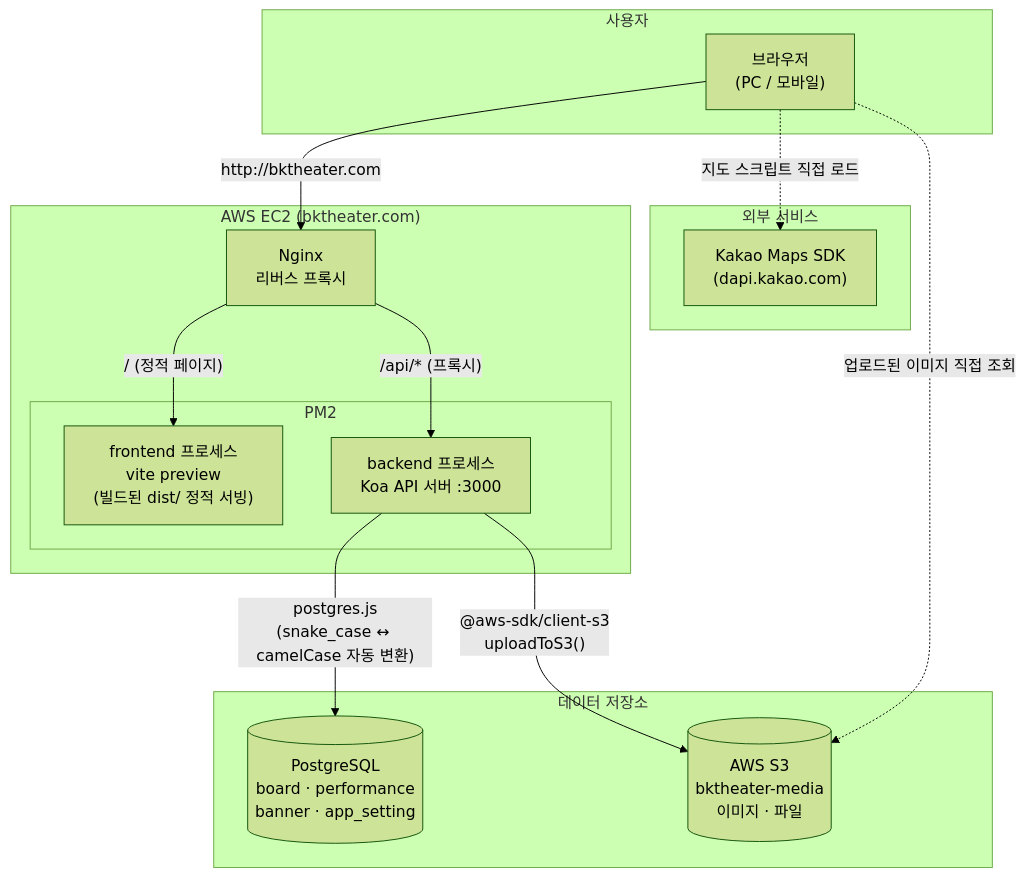
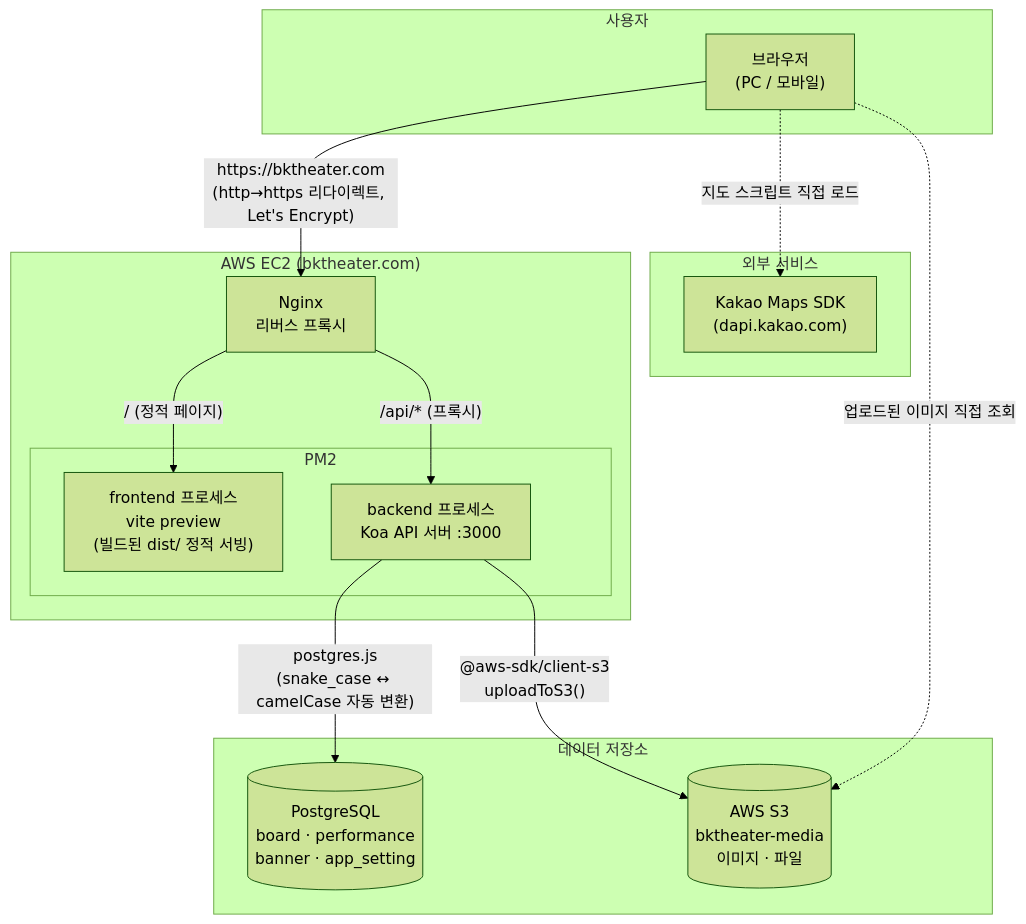
The first of 8 diagrams in community/docs/ARCHITECTURE.md (mmyonaa/outsourcing), drawn with Mermaid (forest theme) before and after one commit. The commit also changed 7 other files, not shown here.

First line of the commit message:
feat: HTTPS 전환에 따른 도메인 http→https 일괄 수정

````diff
--- a/community/docs/ARCHITECTURE.md
+++ b/community/docs/ARCHITECTURE.md
@@ -13,34 +13,34 @@
 ```mermaid
 flowchart TB
     subgraph Client["사용자"]
         Browser["브라우저<br/>(PC / 모바일)"]
     end
 
     subgraph External["외부 서비스"]
         Kakao["Kakao Maps SDK<br/>(dapi.kakao.com)"]
     end
 
     subgraph EC2["AWS EC2 (bktheater.com)"]
         Nginx["Nginx<br/>리버스 프록시"]
 
         subgraph PM2["PM2"]
             FE["frontend 프로세스<br/>vite preview<br/>(빌드된 dist/ 정적 서빙)"]
             BE["backend 프로세스<br/>Koa API 서버 :3000"]
         end
     end
 
     subgraph Data["데이터 저장소"]
         PG[("PostgreSQL<br/>board · performance<br/>banner · app_setting")]
         S3[("AWS S3<br/>bktheater-media<br/>이미지 · 파일")]
     end
 
-    Browser -->|"http://bktheater.com"| Nginx
+    Browser -->|"https://bktheater.com<br/>(http→https 리다이렉트, Let's Encrypt)"| Nginx
     Browser -.->|"지도 스크립트 직접 로드"| Kakao
     Browser -.->|"업로드된 이미지 직접 조회"| S3
 
     Nginx -->|"/ (정적 페이지)"| FE
     Nginx -->|"/api/* (프록시)"| BE
 
     BE -->|"postgres.js<br/>(snake_case ↔ camelCase 자동 변환)"| PG
     BE -->|"@aws-sdk/client-s3<br/>uploadToS3()"| S3
 ```
````
